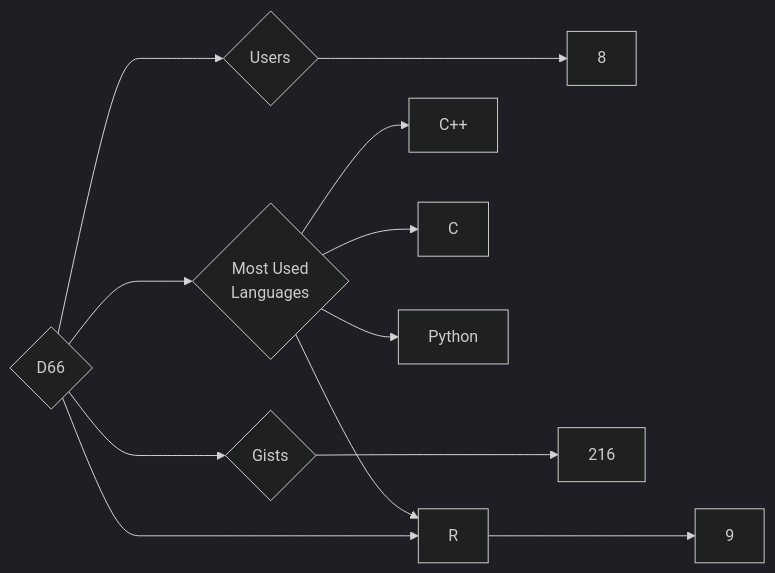
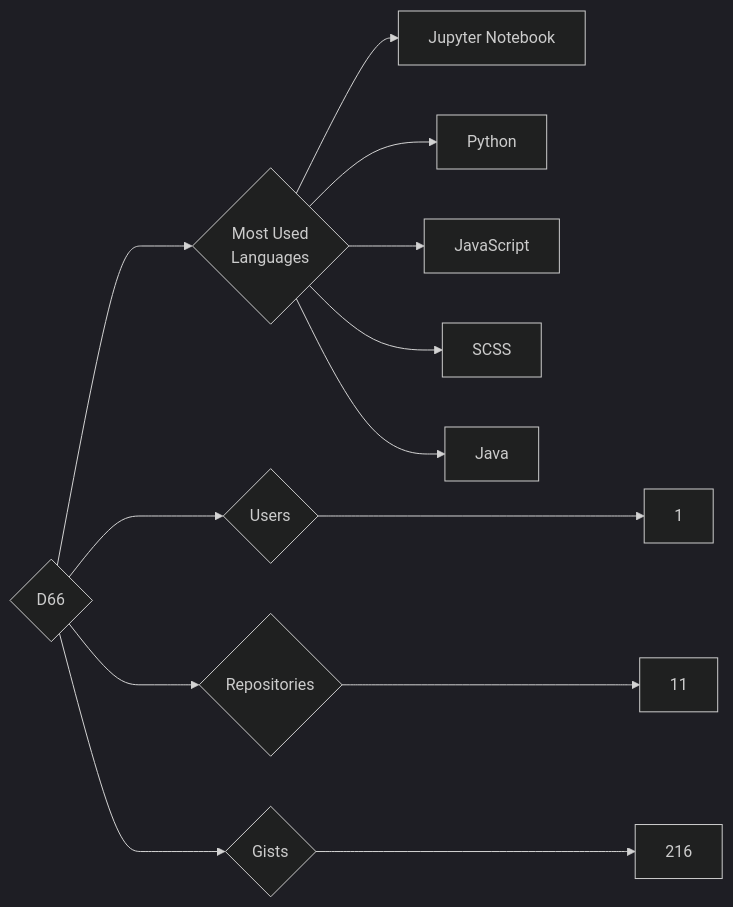
One commit to trickest/insiders changed the diagram in targets/D66/README.md. Above: the diagram before and after it, drawn with Mermaid (dark theme). The commit also changed 553 other files, not shown here.

````diff
--- a/targets/D66/README.md
+++ b/targets/D66/README.md
@@ -3,12 +3,13 @@
 ```mermaid
 graph LR
 COMPANY_NAME{D66}
-COMPANY_NAME ---> U{Users} ---> UN[8]
-COMPANY_NAME ---> R{Repositories} ---> RN[9]
+COMPANY_NAME ---> U{Users} ---> UN[1]
+COMPANY_NAME ---> R{Repositories} ---> RN[11]
 COMPANY_NAME ---> G{Gists} ---> GN[216]
 COMPANY_NAME ---> ML{Most Used<br>Languages}
-ML --> C++[C++]
-ML --> C[C]
-ML --> R[R]
+ML --> Jupyter_Notebook[Jupyter Notebook]
 ML --> Python[Python]
+ML --> JavaScript[JavaScript]
+ML --> SCSS[SCSS]
+ML --> Java[Java]
 ```
````
